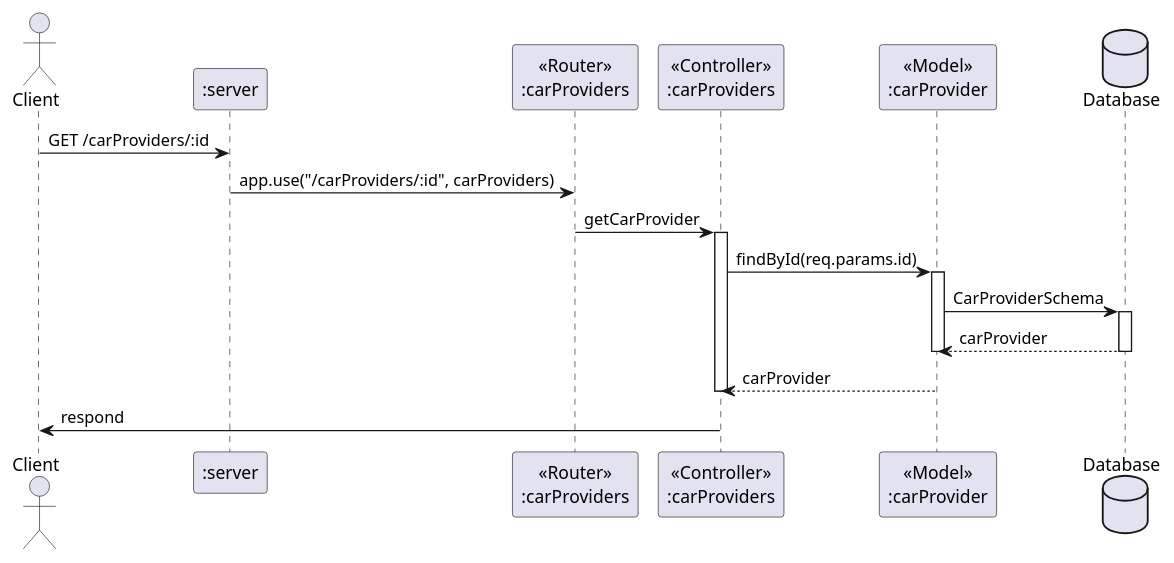
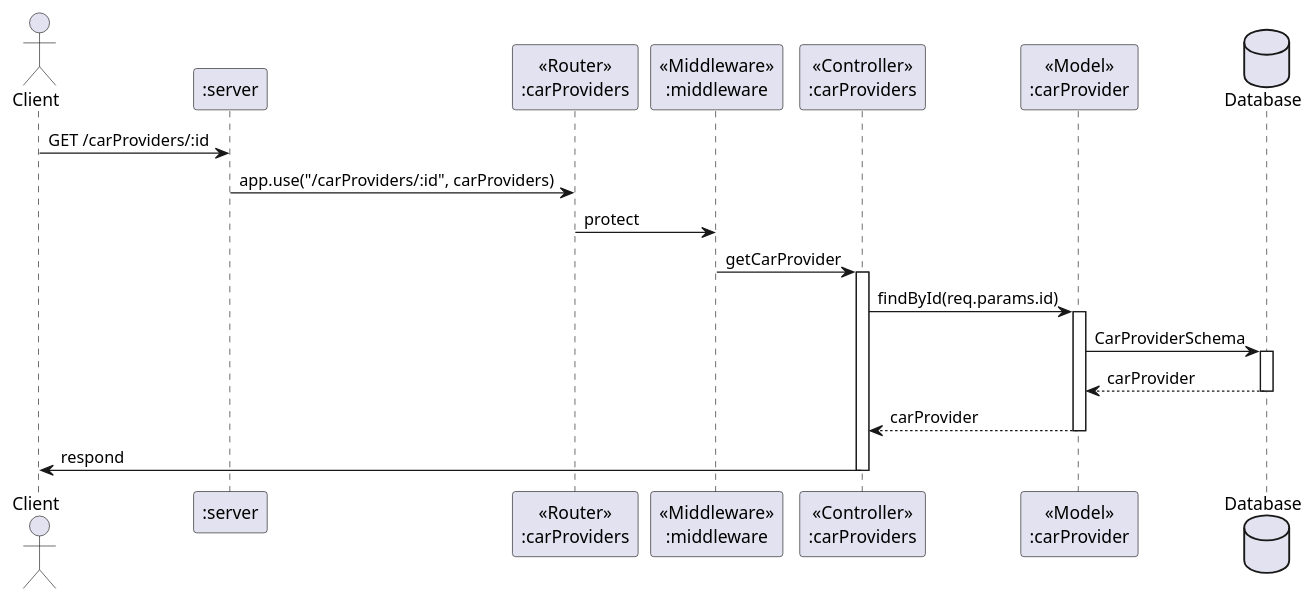
The diagram in docs/sequence_diagram/carProviders/get.pu (cchaiyatad/RenC), drawn with PlantUML before and after one commit. The commit also changed 14 other files, not shown here.

```diff
--- a/docs/sequence_diagram/carProviders/get.pu
+++ b/docs/sequence_diagram/carProviders/get.pu
@@ -1,25 +1,27 @@
 @startuml GET /carProviders/:id
 actor       Client       as client
 participant ":server" as server 
 participant "<<Router>>\n:carProviders" as carProviders_router 
+participant "<<Middleware>>\n:middleware" as middleware 
 participant "<<Controller>>\n:carProviders" as carProviders_con 
 participant "<<Model>>\n:carProvider" as carProviders_model 
 database Database as db
 
 client -> server : GET /carProviders/:id
 
 server -> carProviders_router : app.use("/carProviders/:id", carProviders)
-carProviders_router -> carProviders_con : getCarProvider
+carProviders_router -> middleware : protect 
+middleware -> carProviders_con : getCarProvider
 activate carProviders_con
     carProviders_con -> carProviders_model : findById(req.params.id)
     activate carProviders_model
     carProviders_model -> db : CarProviderSchema
         activate db
         db --> carProviders_model : carProvider
         deactivate db
+    carProviders_model --> carProviders_con : carProvider
     deactivate carProviders_model
-    carProviders_model --> carProviders_con : carProvider
-deactivate carProviders_con
 
 carProviders_con -> client :respond
+deactivate carProviders_con
 @enduml
```
